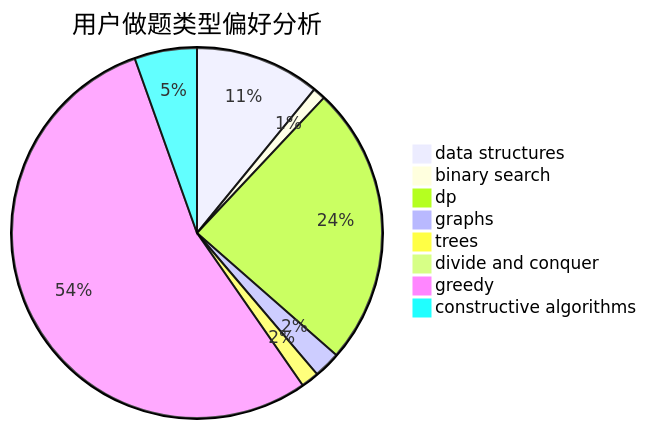
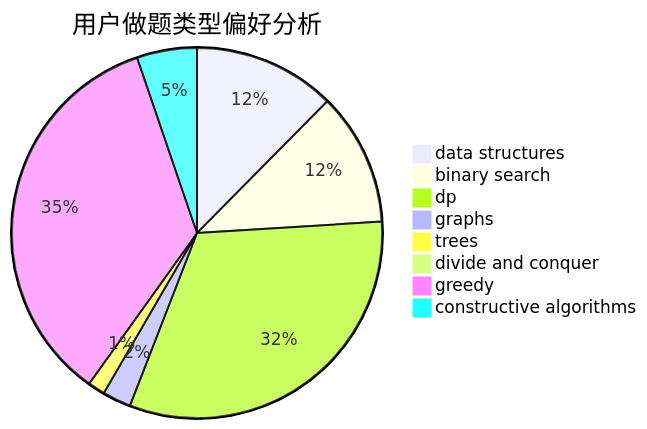
Before and after one commit to sherpahu/cfrs.github.io: the second of 3 diagrams in docs/user/u1344.md, drawn with Mermaid. The commit also changed other lines of this file and 2770 other files, not shown here.

````diff
--- a/docs/user/u1344.md
+++ b/docs/user/u1344.md
@@ -23,11 +23,11 @@
 ```mermaid
 pie title 用户做题类型偏好分析
-    "data structures" :  70
-    "binary search" :  7
-    "dp" :  157
-    "graphs" :  15
-    "trees" :  10
-    "divide and conquer" :  5
-    "greedy" :  348
-    "constructive algorithms" :  35
+    "data structures" :  199
+    "binary search" :  186
+    "dp" :  511
+    "graphs" :  40
+    "trees" :  24
+    "divide and conquer" :  1
+    "greedy" :  559
+    "constructive algorithms" :  84
 ```
````
